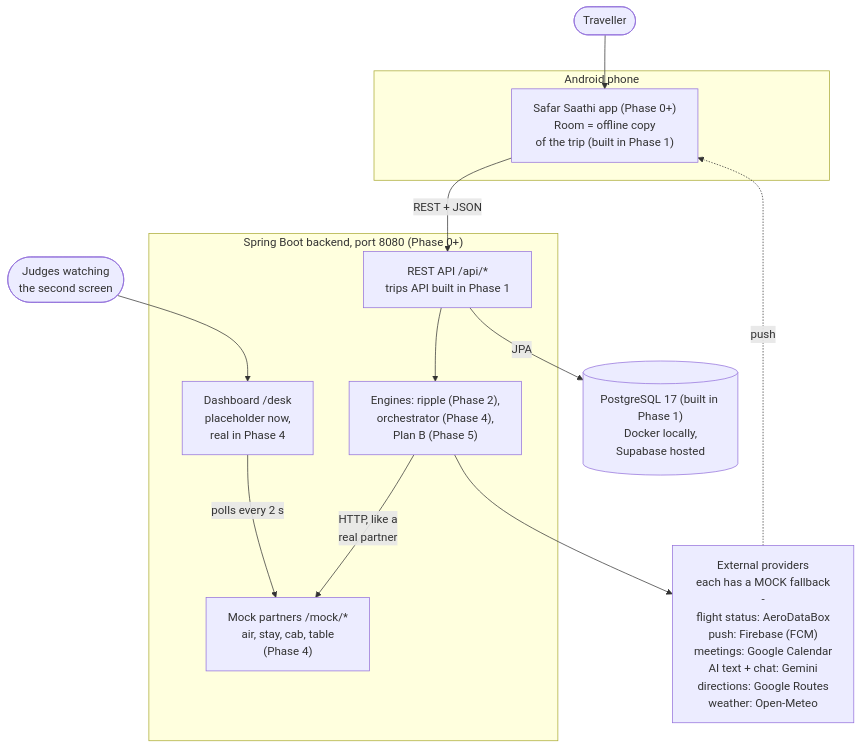
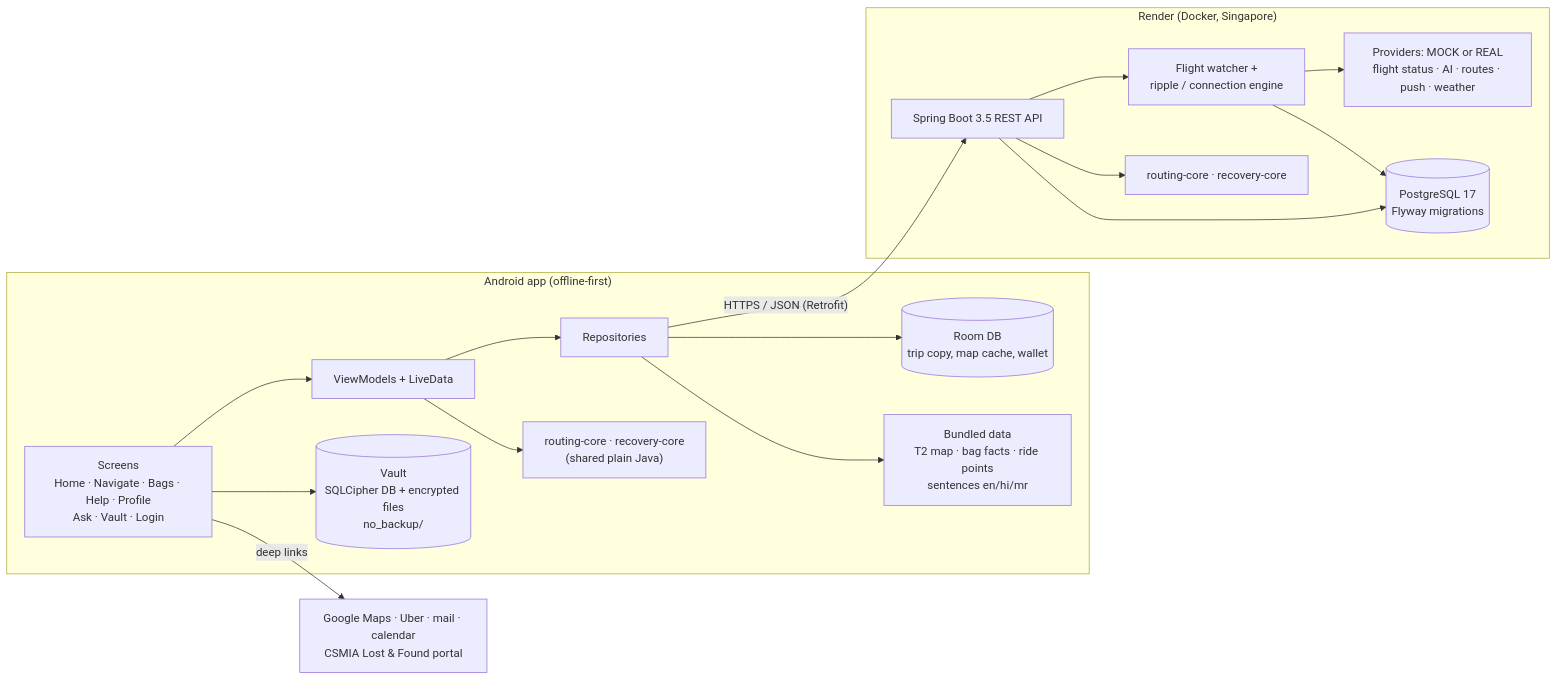
One commit to yassudicoder/OnBoard changed the first of 5 diagrams in docs/architecture.md. Above: the diagram before and after it, drawn with Mermaid. The commit also changed other lines of this file and 3 other files, not shown here.

First line of the commit message:
Final README and architecture for the Elevate 1.0 demo

````diff
--- a/docs/architecture.md
+++ b/docs/architecture.md
@@ -18,30 +9,30 @@
 ```mermaid
-flowchart TB
-    traveller(["Traveller"])
-    judges(["Judges watching<br/>the second screen"])
-
-    subgraph phone["Android phone"]
-        app["Safar Saathi app (Phase 0+)<br/>Room = offline copy<br/>of the trip (built in Phase 1)"]
+flowchart LR
+    subgraph Phone["Android app (offline-first)"]
+        UI["Screens<br/>Home · Navigate · Bags · Help · Profile<br/>Ask · Vault · Login"]
+        VM["ViewModels + LiveData"]
+        Repo["Repositories"]
+        Room[("Room DB<br/>trip copy, map cache, wallet")]
+        Vault[("Vault<br/>SQLCipher DB + encrypted files<br/>no_backup/")]
+        Assets["Bundled data<br/>T2 map · bag facts · ride points<br/>sentences en/hi/mr"]
+        Cores["routing-core · recovery-core<br/>(shared plain Java)"]
+        UI --> VM --> Repo
+        Repo --> Room
+        Repo --> Assets
+        UI --> Vault
+        VM --> Cores
     end
-
-    subgraph server["Spring Boot backend, port 8080 (Phase 0+)"]
-        api["REST API /api/*<br/>trips API built in Phase 1"]
-        engines["Engines: ripple (Phase 2),<br/>orchestrator (Phase 4),<br/>Plan B (Phase 5)"]
-        mocks["Mock partners /mock/*<br/>air, stay, cab, table<br/>(Phase 4)"]
-        desk["Dashboard /desk<br/>placeholder now,<br/>real in Phase 4"]
+    subgraph Cloud["Render (Docker, Singapore)"]
+        API["Spring Boot 3.5 REST API"]
+        Watch["Flight watcher +<br/>ripple / connection engine"]
+        Prov["Providers: MOCK or REAL<br/>flight status · AI · routes · push · weather"]
+        DB[("PostgreSQL 17<br/>Flyway migrations")]
+        API --> Watch --> Prov
+        API --> DB
+        Watch --> DB
+        CoresB["routing-core · recovery-core"]
+        API --> CoresB
     end
-
-    db[("PostgreSQL 17 (built in Phase 1)<br/>Docker locally,<br/>Supabase hosted")]
-
-    ext["External providers<br/>each has a MOCK fallback<br/>-<br/>flight status: AeroDataBox<br/>push: Firebase (FCM)<br/>meetings: Google Calendar<br/>AI text + chat: Gemini<br/>directions: Google Routes<br/>weather: Open-Meteo"]
-
-    traveller --> app
-    app -->|"REST + JSON"| api
-    api --> engines
-    api -->|"JPA"| db
-    engines -->|"HTTP, like a<br/>real partner"| mocks
-    judges --> desk
-    desk -->|"polls every 2 s"| mocks
-    engines --> ext
-    ext -.->|"push"| app
+    Repo -- "HTTPS / JSON (Retrofit)" --> API
+    UI -- "deep links" --> Ext["Google Maps · Uber · mail · calendar<br/>CSMIA Lost & Found portal"]
 ```
````
